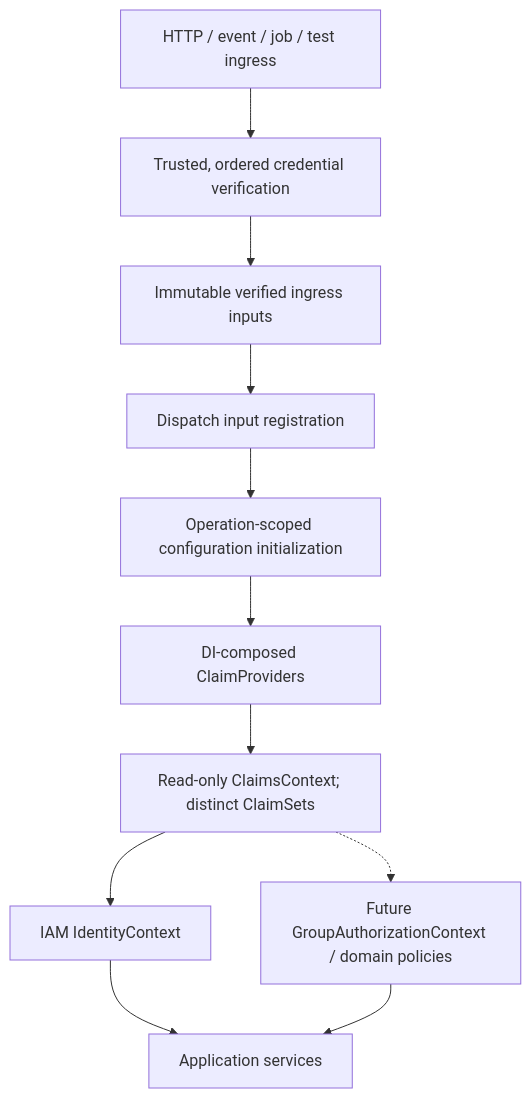
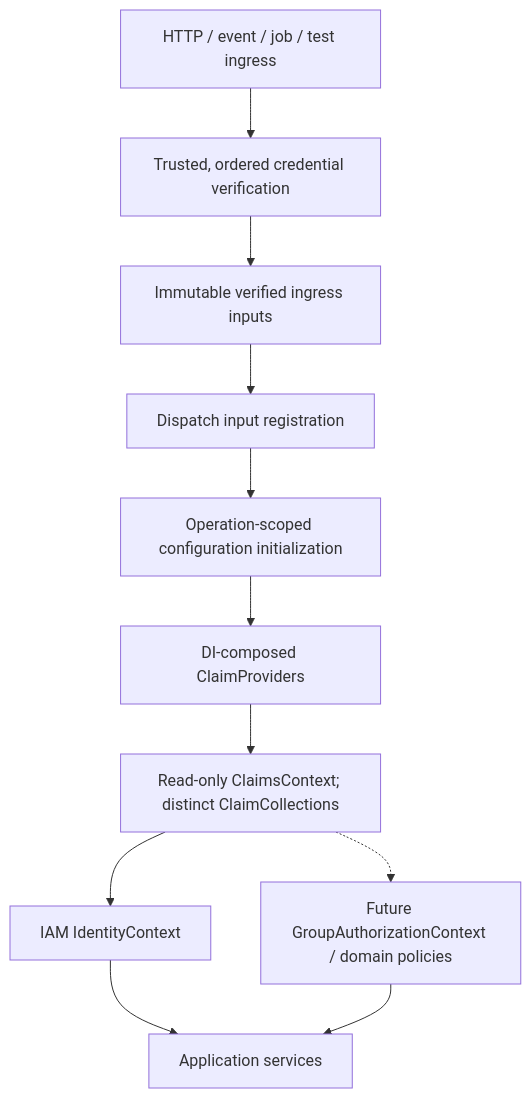
One commit to frederik-hoeft/min-favs-sharewise changed the diagram in docs/internal/tasks/p2.1.0-security-foundation/specification.md. Above: the diagram before and after it, drawn with Mermaid. The commit also changed other lines of this file and 14 other files, not shown here.

Commit message:
P2.1.0-B: Preserve claim origins and simplify claims queries

````diff
--- a/docs/internal/tasks/p2.1.0-security-foundation/specification.md
+++ b/docs/internal/tasks/p2.1.0-security-foundation/specification.md
@@ -27,13 +27,13 @@
 ```mermaid
 flowchart TD
     Ingress["HTTP / event / job / test ingress"] --> Verification["Trusted, ordered credential verification"]
     Verification --> Inputs["Immutable verified ingress inputs"]
     Inputs --> Registry["Dispatch input registration"]
     Registry --> Initializers["Operation-scoped configuration initialization"]
     Initializers --> Providers["DI-composed ClaimProviders"]
-    Providers --> Claims["Read-only ClaimsContext; distinct ClaimSets"]
+    Providers --> Claims["Read-only ClaimsContext; distinct ClaimCollections"]
     Claims --> Identity["IAM IdentityContext"]
     Claims -.-> Group["Future GroupAuthorizationContext / domain policies"]
     Identity --> App["Application services"]
     Group --> App
 ```
````
